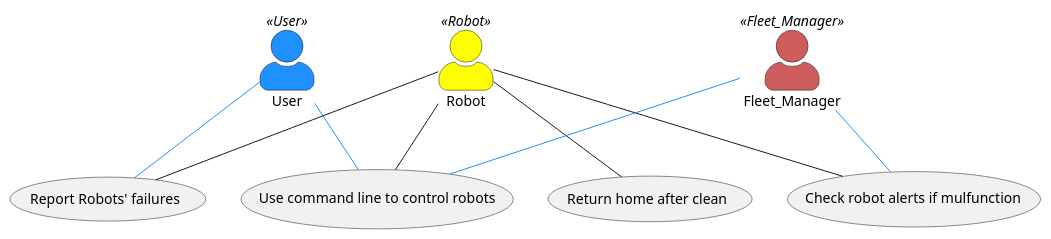
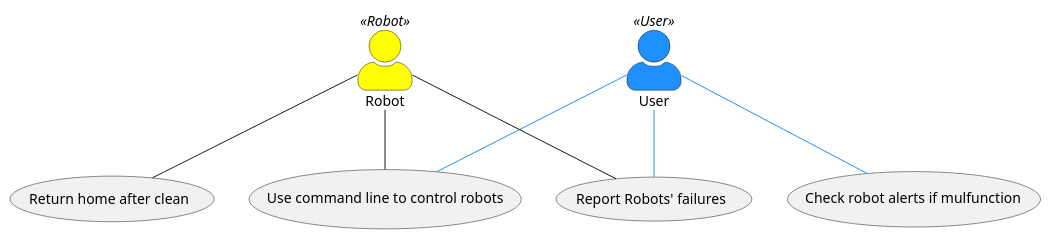
The diagram in docs/design/usecases/uc2.puml (ur-cs-courses/course-project-clean-squad), drawn with PlantUML before and after one commit. The commit also changed 4 other files, not shown here.

```diff
--- a/docs/design/usecases/uc2.puml
+++ b/docs/design/usecases/uc2.puml
@@ -1,21 +1,16 @@
 @startuml
 skinparam DefaultFontName Times New Roman
 skinparam actorStyle awesome
 Actor User
 User << User >> #DodgerBlue
 
 Actor Robot
 Robot << Robot >> #Yellow
 
-Actor Fleet_Manager
-Fleet_Manager << Fleet_Manager >> #IndianRed
-
 :User: -- (Use command line to control robots) #DodgerBlue
 :User: -- (Report Robots' failures) #DodgerBlue
 :Robot: -- (Use command line to control robots)
 :Robot: -- (Report Robots' failures)
 :Robot: -- (Return home after clean)
-:Robot: -- (Check robot alerts if mulfunction)
-:Fleet_Manager: -- (Use command line to control robots)#DodgerBlue
-:Fleet_Manager: -- (Check robot alerts if mulfunction) #DodgerBlue
+:User: -- (Check robot alerts if mulfunction) #DodgerBlue
 @enduml
```
